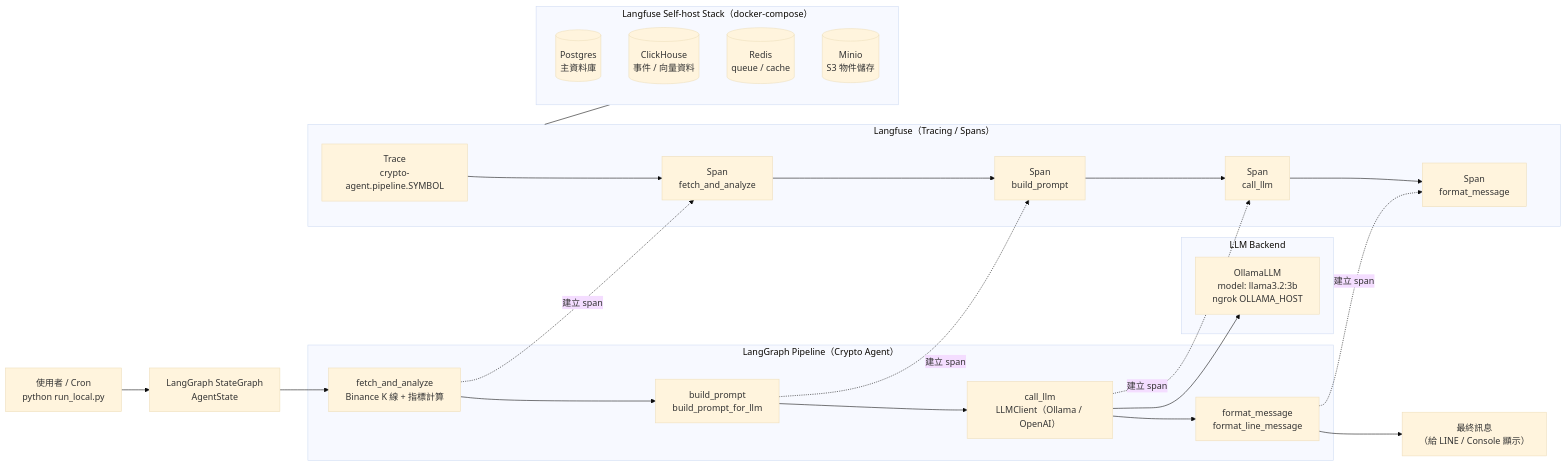
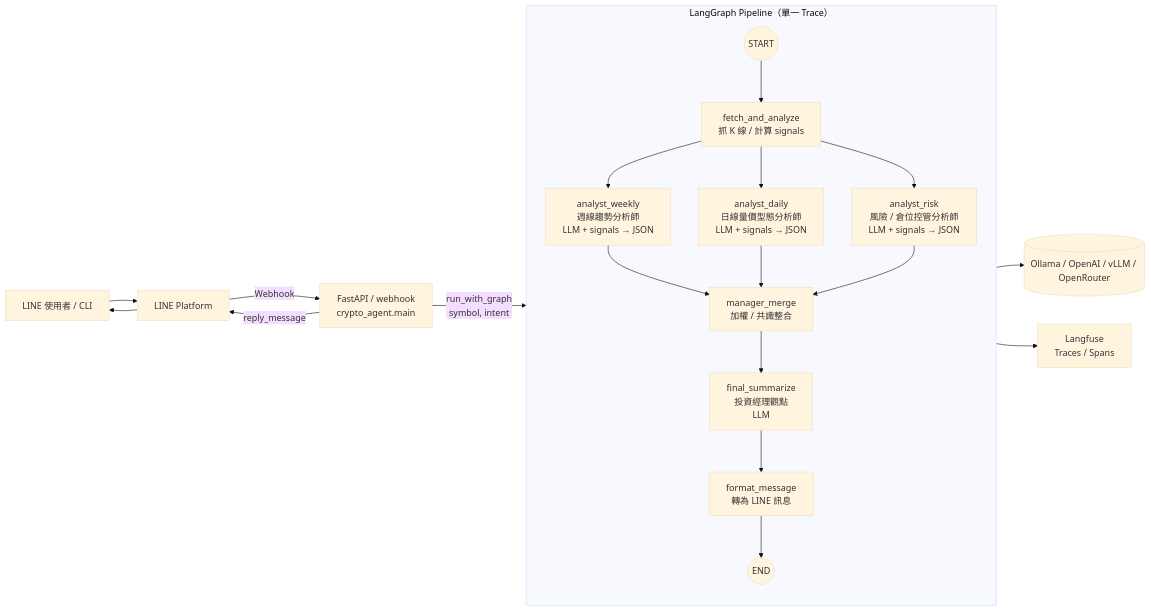
Before and after one commit to jiunjiun69/Crypto-AI-Agent-Framework: the second of 3 diagrams in README.md, drawn with Mermaid (base theme). The commit also changed other lines of this file and 4 other files, not shown here.

````diff
--- a/README.md
+++ b/README.md
@@ -81,53 +86,59 @@
 ```mermaid
 flowchart LR
-    %% === Entry ===
-    A[使用者 / Cron<br/>python run_local.py] --> B[LangGraph StateGraph<br/>AgentState]
+    %% 使用者入口
+    U[LINE 使用者 / CLI] --> L[LINE Platform]
+    L -->|Webhook| A[FastAPI / webhook
+    crypto_agent.main]
 
-    %% === LangGraph Pipeline ===
-    subgraph Pipeline["LangGraph Pipeline（Crypto Agent）"]
-        F[fetch_and_analyze<br/>Binance K 線 + 指標計算]
-        P[build_prompt<br/>build_prompt_for_llm]
-        L[call_llm<br/>LLMClient（Ollama / OpenAI）]
-        M[format_message<br/>format_line_message]
+    %% 啟動 LangGraph
+    A -->|run_with_graph
+    symbol, intent| G[LangGraph StateGraph
+    crypto_agent.graph_crypto_agent]
 
-        F --> P --> L --> M
+    %% LangGraph Pipeline
+    subgraph G["LangGraph Pipeline（單一 Trace）"]
+        S0((START))
+
+        %% 市場資料
+        S0 --> F[fetch_and_analyze
+        抓 K 線 / 計算 signals]
+
+        %% 三位分析師並行
+        F --> W[analyst_weekly
+        週線趨勢分析師
+        LLM + signals → JSON]
+
+        F --> D[analyst_daily
+        日線量價型態分析師
+        LLM + signals → JSON]
+
+        F --> RSK[analyst_risk
+        風險 / 倉位控管分析師
+        LLM + signals → JSON]
+
+        %% 投資經理彙整
+        W --> M[manager_merge
+        加權 / 共識整合]
+        D --> M
+        RSK --> M
+
+        %% 最終輸出
+        M --> FS[final_summarize
+        投資經理觀點
+        LLM]
+
+        FS --> FM[format_message
+        轉為 LINE 訊息]
+
+        FM --> E0((END))
     end
 
-    B --> F
-    M --> OUT[最終訊息<br/>（給 LINE / Console 顯示）]
+    %% 外部服務
+    G --> LLM[(Ollama / OpenAI / vLLM / OpenRouter)]
+    G --> FUSE[Langfuse
+    Traces / Spans]
 
-    %% === LLM Backend ===
-    subgraph LLMBackend["LLM Backend"]
-        O[OllamaLLM<br/>model: llama3.2:3b<br/>ngrok OLLAMA_HOST]
-    end
+    %% 回傳使用者
+    A -->|reply_message| L --> U
 
-    L --> O
-
-    %% === Langfuse Observability ===
-    subgraph Langfuse["Langfuse（Tracing / Spans）"]
-        T[Trace<br/>crypto-agent.pipeline.SYMBOL]
-
-        S1[Span<br/>fetch_and_analyze]
-        S2[Span<br/>build_prompt]
-        S3[Span<br/>call_llm]
-        S4[Span<br/>format_message]
-
-        T --> S1 --> S2 --> S3 --> S4
-    end
-
-    %% LangGraph nodes <-> Langfuse spans（觀測）
-    F -. 建立 span .-> S1
-    P -. 建立 span .-> S2
-    L -. 建立 span .-> S3
-    M -. 建立 span .-> S4
-
-    %% === Langfuse infra (docker compose) ===
-    subgraph LangfuseStack["Langfuse Self-host Stack（docker-compose）"]
-        DB[(Postgres<br/>主資料庫)]
-        CK[(ClickHouse<br/>事件 / 向量資料)]
-        R[(Redis<br/>queue / cache)]
-        MIN[(Minio<br/>S3 物件儲存)]
-    end
-
-    Langfuse --- LangfuseStack
 ```
````
